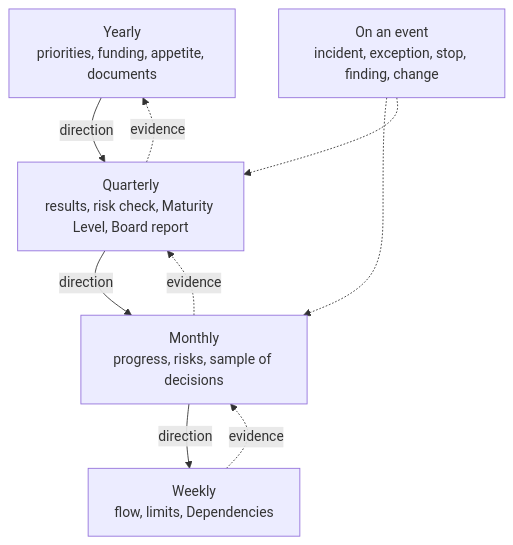
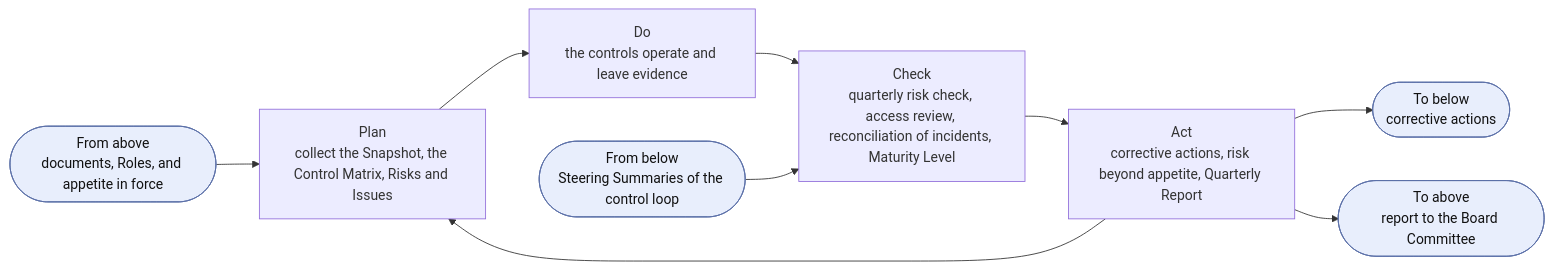
The third of 8 diagrams in charter/documents/operating-model.md (devhogu/ob-aicc), drawn with Mermaid before and after one commit. The commit also changed other lines of this file and 63 other files, not shown here.

````diff
--- a/charter/documents/operating-model.md
+++ b/charter/documents/operating-model.md
@@ -149,12 +176,9 @@
 ```mermaid
-flowchart TB
-  Y["Yearly<br/>priorities, funding, appetite, documents"]
-  Q["Quarterly<br/>results, risk check, Maturity Level, Board report"]
-  M["Monthly<br/>progress, risks, sample of decisions"]
-  W["Weekly<br/>flow, limits, Dependencies"]
-  E["On an event<br/>incident, exception, stop, finding, change"]
-  Y -->|direction| Q -->|direction| M -->|direction| W
-  W -.->|evidence| M -.->|evidence| Q -.->|evidence| Y
-  E -.-> M
-  E -.-> Q
+flowchart LR
+  IN(["From above<br/>documents, Roles, and appetite in force"]):::iface --> P
+  P["Plan<br/>collect the Snapshot, the Control Matrix, Risks and Issues"] --> D["Do<br/>the controls operate and leave evidence"] --> C["Check<br/>quarterly risk check, access review, reconciliation of incidents, Maturity Level"] --> A["Act<br/>corrective actions, risk beyond appetite, Quarterly Report"] --> P
+  EV(["From below<br/>Steering Summaries of the control loop"]):::iface --> C
+  A --> OUT(["To below<br/>corrective actions"]):::iface
+  A --> UP(["To above<br/>report to the Board Committee"]):::iface
+  classDef iface fill:#e8eefc,stroke:#5a6fa8,color:#111
 ```
````
